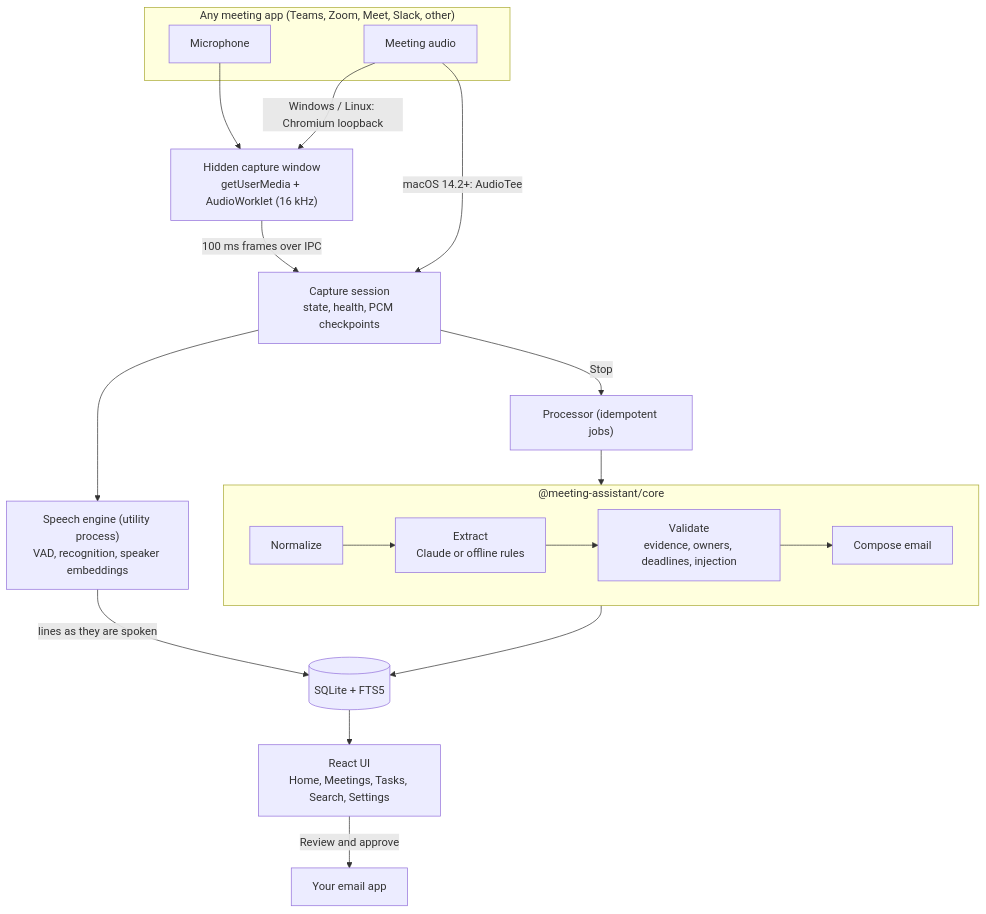
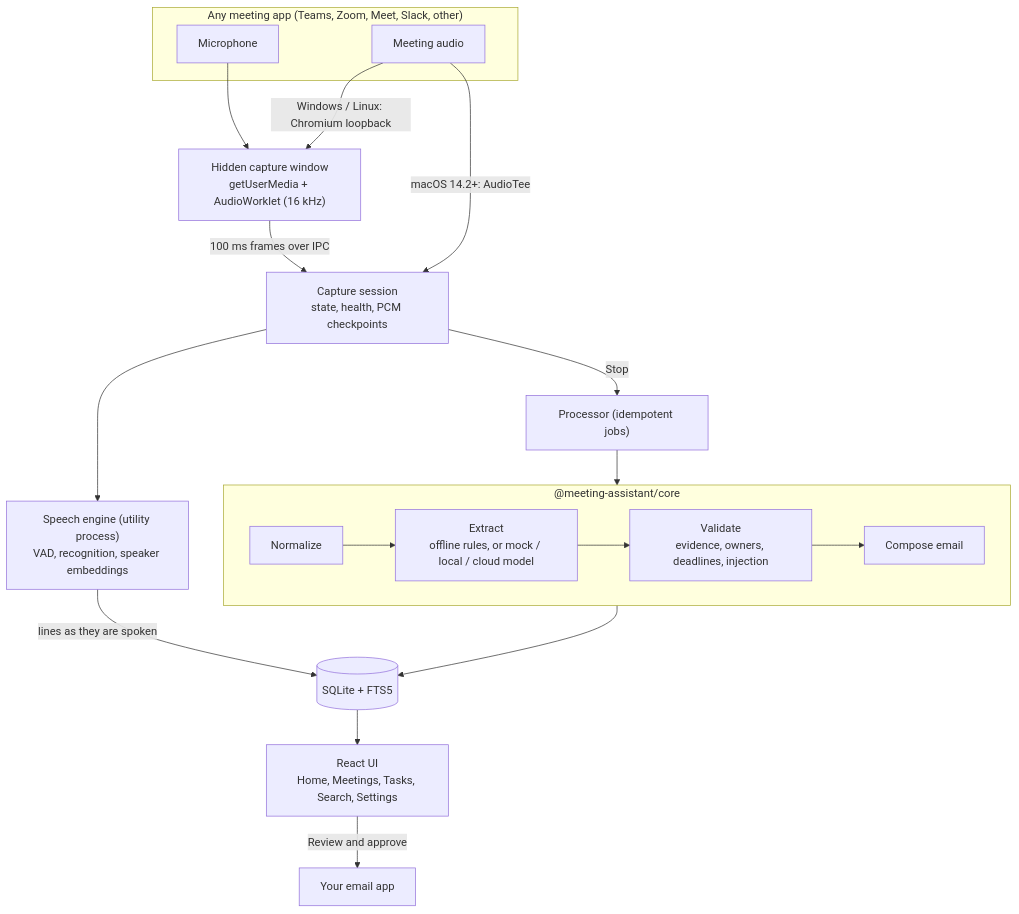
The diagram in docs/architecture.md (aasimsyed-ai/meeting-bot), drawn with Mermaid before and after one commit. The commit also changed other lines of this file and 14 other files, not shown here.

````diff
--- a/docs/architecture.md
+++ b/docs/architecture.md
@@ -5,21 +5,21 @@
 ```mermaid
 flowchart TD
   subgraph Sources["Any meeting app (Teams, Zoom, Meet, Slack, other)"]
     MIC[Microphone]
     SYS[Meeting audio]
   end
   MIC --> CW["Hidden capture window<br/>getUserMedia + AudioWorklet (16 kHz)"]
   SYS -->|Windows / Linux: Chromium loopback| CW
   SYS -->|macOS 14.2+: AudioTee| SESSION
   CW -->|100 ms frames over IPC| SESSION["Capture session<br/>state, health, PCM checkpoints"]
   SESSION --> SPEECH["Speech engine (utility process)<br/>VAD, recognition, speaker embeddings"]
   SPEECH -->|lines as they are spoken| DB[(SQLite + FTS5)]
   SESSION -->|Stop| PROC["Processor (idempotent jobs)"]
   PROC --> CORE
   subgraph CORE["@meeting-assistant/core"]
-    N[Normalize] --> X["Extract<br/>Claude or offline rules"] --> V["Validate<br/>evidence, owners, deadlines, injection"] --> E[Compose email]
+    N[Normalize] --> X["Extract<br/>offline rules, or mock / local / cloud model"] --> V["Validate<br/>evidence, owners, deadlines, injection"] --> E[Compose email]
   end
   CORE --> DB
   DB --> UI["React UI<br/>Home, Meetings, Tasks, Search, Settings"]
   UI -->|Review and approve| MAIL[Your email app]
 ```
````
